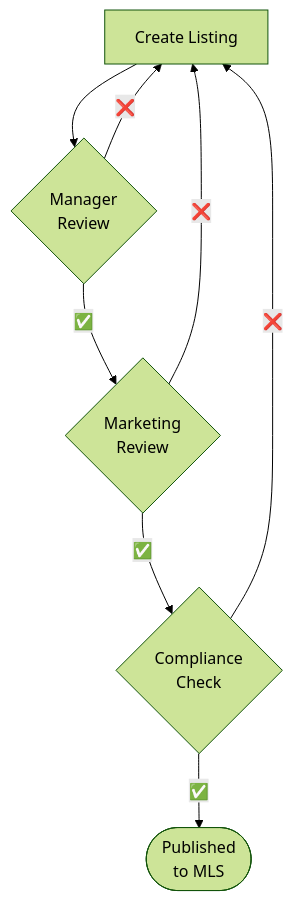
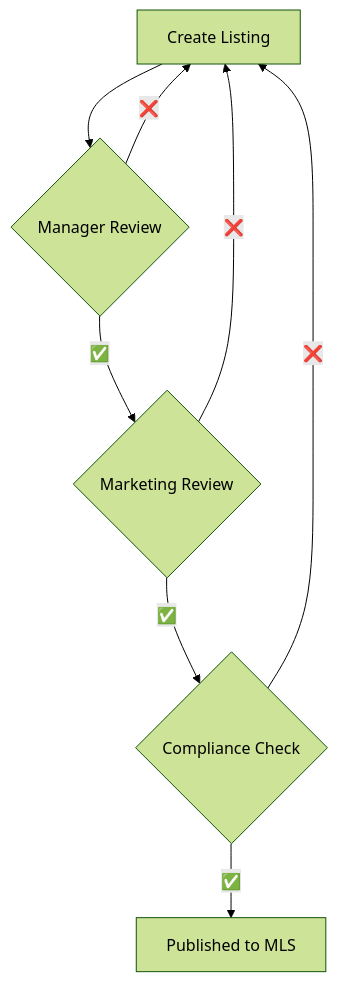
One commit to tallyfy/documentation changed the third of 3 diagrams in src/content/docs/pro/documenting/templates/automations/examples/multi-level-approval-loops.mdx. Above: the diagram before and after it, drawn with Mermaid (forest theme). The commit also changed other lines of this file and 46 other files, not shown here.

Commit message:
Update Mermaid notation

````diff
--- a/src/content/docs/pro/documenting/templates/automations/examples/multi-level-approval-loops.mdx
+++ b/src/content/docs/pro/documenting/templates/automations/examples/multi-level-approval-loops.mdx
@@ -193,15 +177,15 @@
 ```mermaid
 flowchart TD
-    Agent[Create Listing] --> Manager{Manager<br/>Review}
-    Manager -->|"`✅`"| Marketing{Marketing<br/>Review}
-    Manager -->|"`❌`"| Agent
-    
-    Marketing -->|"`✅`"| Compliance{Compliance<br/>Check}
-    Marketing -->|"`❌`"| Agent
-    
-    Compliance -->|"`✅`"| Publish([Published<br/>to MLS])
-    Compliance -->|"`❌`"| Agent
-    
-    click Compliance "/products/pro/documenting/templates/automations/actions/status-actions/" "Learn how rejections trigger re-opens"
-    click Manager "/products/pro/documenting/templates/automations/actions/visibility-actions/" "See how visibility rules control flow"
+ Agent[Create Listing] --> Manager{Manager Review}
+ Manager -->|"✅"| Marketing{Marketing Review}
+ Manager -->|"❌"| Agent
+ 
+ Marketing -->|"✅"| Compliance{Compliance Check}
+ Marketing -->|"❌"| Agent
+ 
+ Compliance -->|"✅"| Publish[Published to MLS]
+ Compliance -->|"❌"| Agent
+ 
+ click Compliance "/products/pro/documenting/templates/automations/actions/status-actions/" "Learn how rejections trigger re-opens"
+ click Manager "/products/pro/documenting/templates/automations/actions/visibility-actions/" "See how visibility rules control flow"
 ```
````
